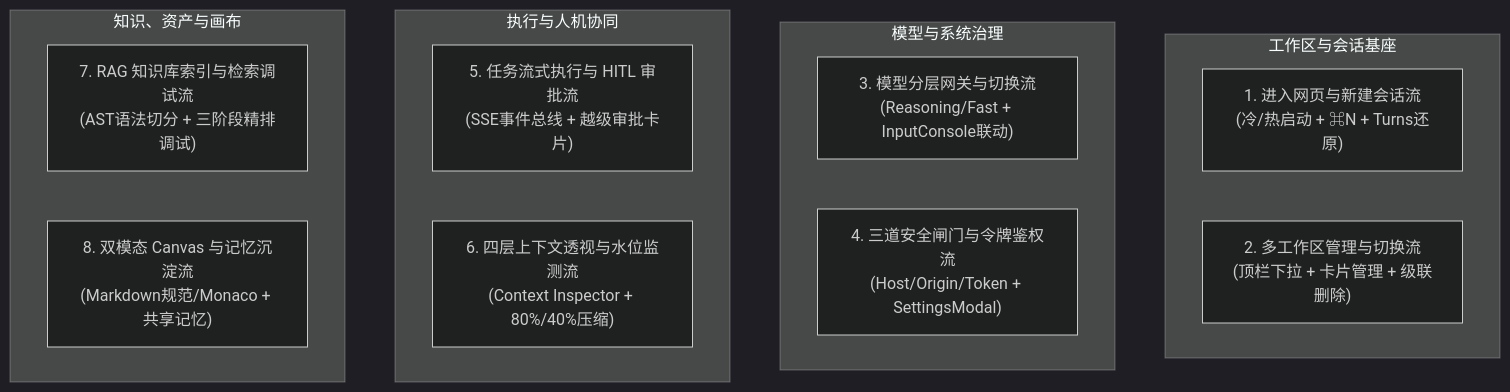
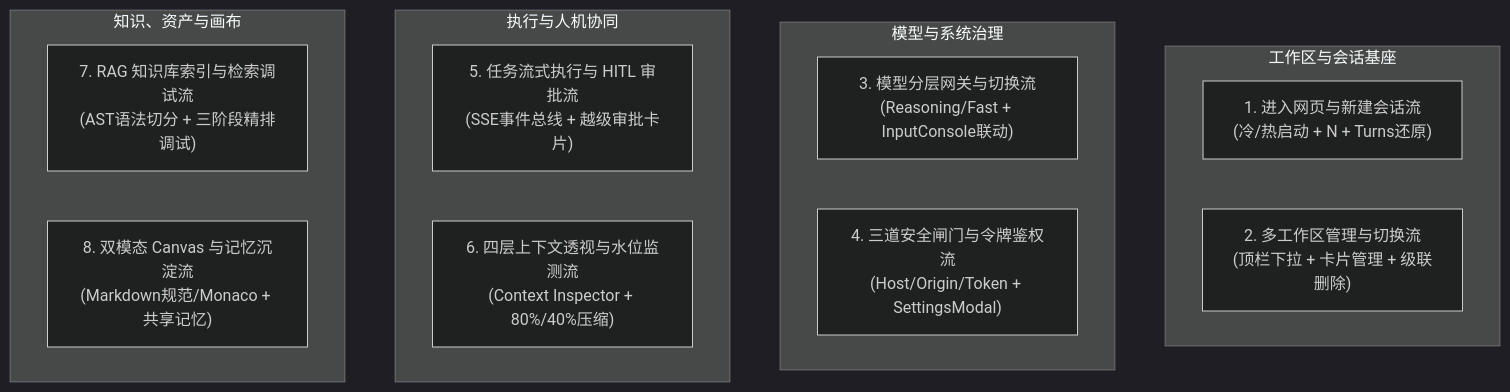
The first of 5 diagrams in documents/03_子系统实施规范/frontend/frontend_workflow.md (MakinoharaShokosans/Aegis), drawn with Mermaid (dark theme) before and after one commit. The commit also changed other lines of this file and 97 other files, not shown here.

````diff
--- a/documents/03_子系统实施规范/frontend/frontend_workflow.md
+++ b/documents/03_子系统实施规范/frontend/frontend_workflow.md
@@ -44,22 +44,22 @@
 ```mermaid
 graph TD
     subgraph "工作区与会话基座"
-        WF1["1. 进入网页与新建会话流<br/>(冷/热启动 + ⌘N + Turns还原)"]
+        WF1["1. 进入网页与新建会话流<br/>(冷/热启动 + N + Turns还原)"]
         WF2["2. 多工作区管理与切换流<br/>(顶栏下拉 + 卡片管理 + 级联删除)"]
     end
 
     subgraph "模型与系统治理"
         WF3["3. 模型分层网关与切换流<br/>(Reasoning/Fast + InputConsole联动)"]
         WF4["4. 三道安全闸门与令牌鉴权流<br/>(Host/Origin/Token + SettingsModal)"]
     end
 
     subgraph "执行与人机协同"
         WF5["5. 任务流式执行与 HITL 审批流<br/>(SSE事件总线 + 越级审批卡片)"]
         WF6["6. 四层上下文透视与水位监测流<br/>(Context Inspector + 80%/40%压缩)"]
     end
 
     subgraph "知识、资产与画布"
         WF7["7. RAG 知识库索引与检索调试流<br/>(AST语法切分 + 三阶段精排调试)"]
         WF8["8. 双模态 Canvas 与记忆沉淀流<br/>(Markdown规范/Monaco + 共享记忆)"]
     end
 ```
````
